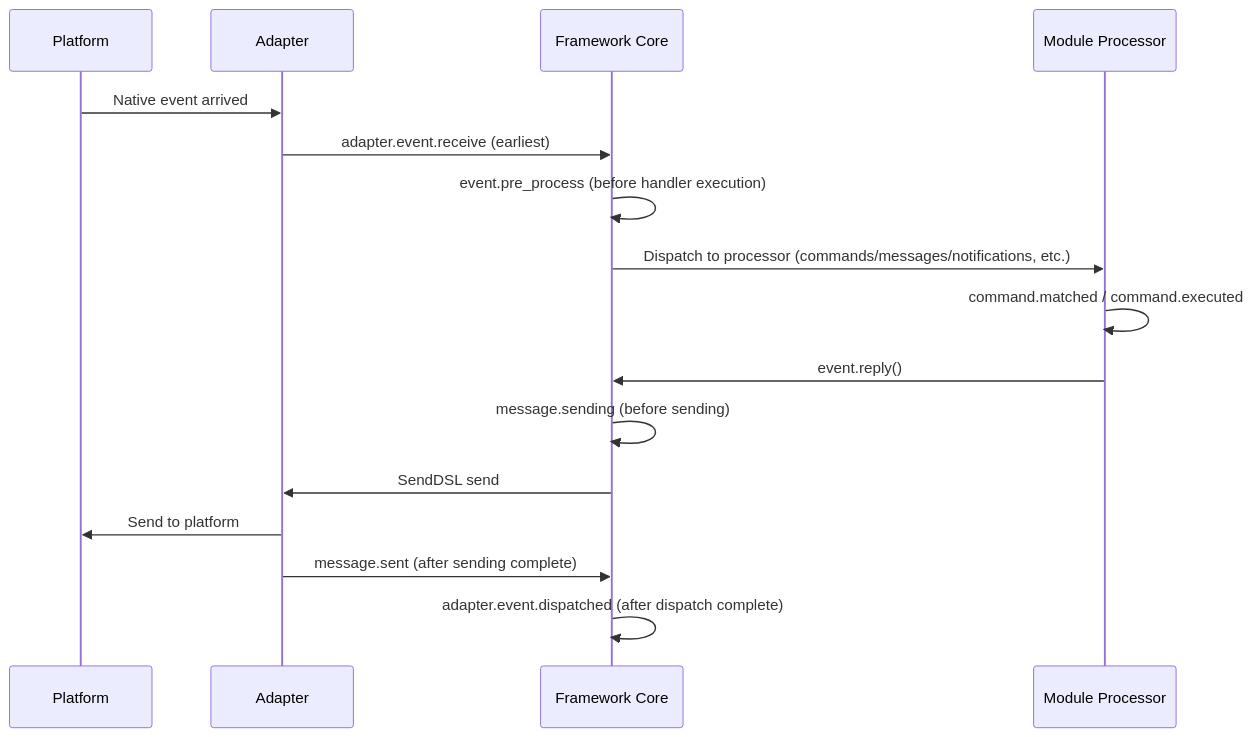
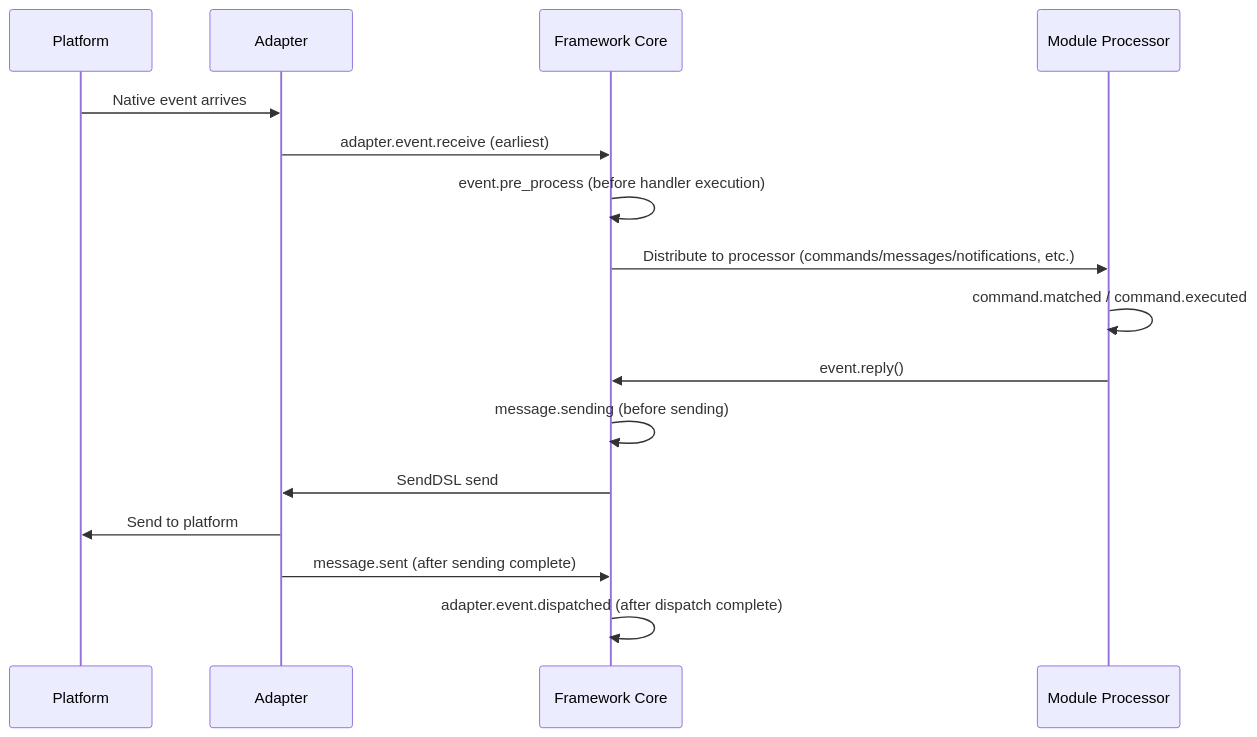
One commit to ErisPulse/ErisPulse changed the diagram in docs/en/advanced/lifecycle.md. Above: the diagram before and after it, drawn with Mermaid. The commit also changed other lines of this file and 299 other files, not shown here.

````diff
--- a/docs/en/advanced/lifecycle.md
+++ b/docs/en/advanced/lifecycle.md
@@ -95,19 +93,19 @@
 ```mermaid
 sequenceDiagram
     participant P as Platform
     participant A as Adapter
     participant F as Framework Core
     participant M as Module Processor
 
-    P->>A: Native event arrived
+    P->>A: Native event arrives
     A->>F: adapter.event.receive (earliest)
     F->>F: event.pre_process (before handler execution)
-    F->>M: Dispatch to processor (commands/messages/notifications, etc.)
+    F->>M: Distribute to processor (commands/messages/notifications, etc.)
     M->>M: command.matched / command.executed
     M->>F: event.reply()
     F->>F: message.sending (before sending)
     F->>A: SendDSL send
     A->>P: Send to platform
     A->>F: message.sent (after sending complete)
     F->>F: adapter.event.dispatched (after dispatch complete)
 ```
````
